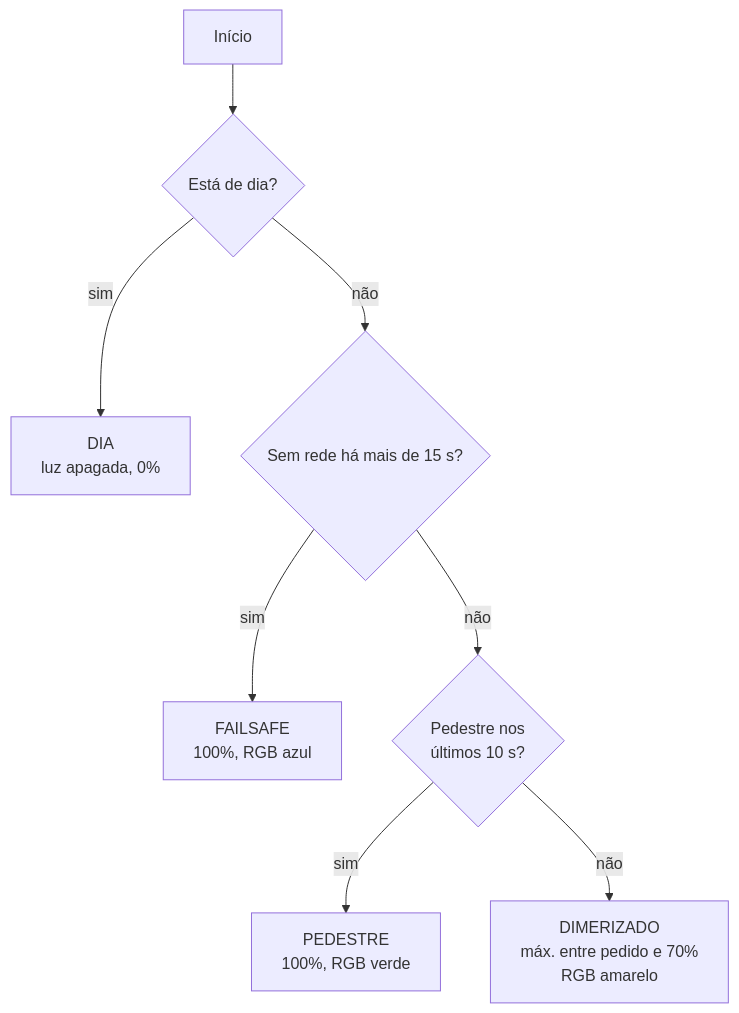
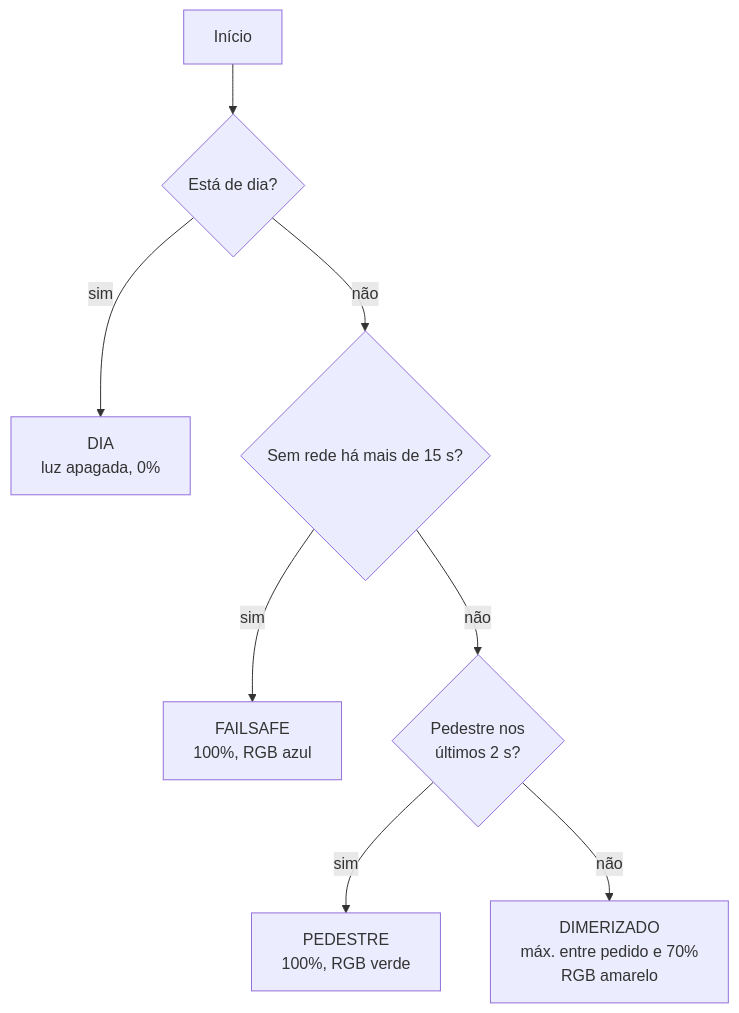
Before and after one commit to antoniolaprov/g17-iluminacao-inteligente: the second of 2 diagrams in README.md, drawn with Mermaid. The commit also changed other lines of this file and 2 other files, not shown here.

First line of the commit message:
Deixa a reação ao pedestre mais evidente e mais rápida (v2.11)

````diff
--- a/README.md
+++ b/README.md
@@ -66,10 +66,10 @@
 ```mermaid
 flowchart TD
     A[Início] --> B{Está de dia?}
     B -- sim --> DIA[DIA<br/>luz apagada, 0%]
     B -- não --> F{Sem rede há mais de 15 s?}
     F -- sim --> FS[FAILSAFE<br/>100%, RGB azul]
-    F -- não --> P{Pedestre nos<br/>últimos 10 s?}
+    F -- não --> P{Pedestre nos<br/>últimos 2 s?}
     P -- sim --> PED[PEDESTRE<br/>100%, RGB verde]
     P -- não --> DIM[DIMERIZADO<br/>máx. entre pedido e 70%<br/>RGB amarelo]
 ```
````
